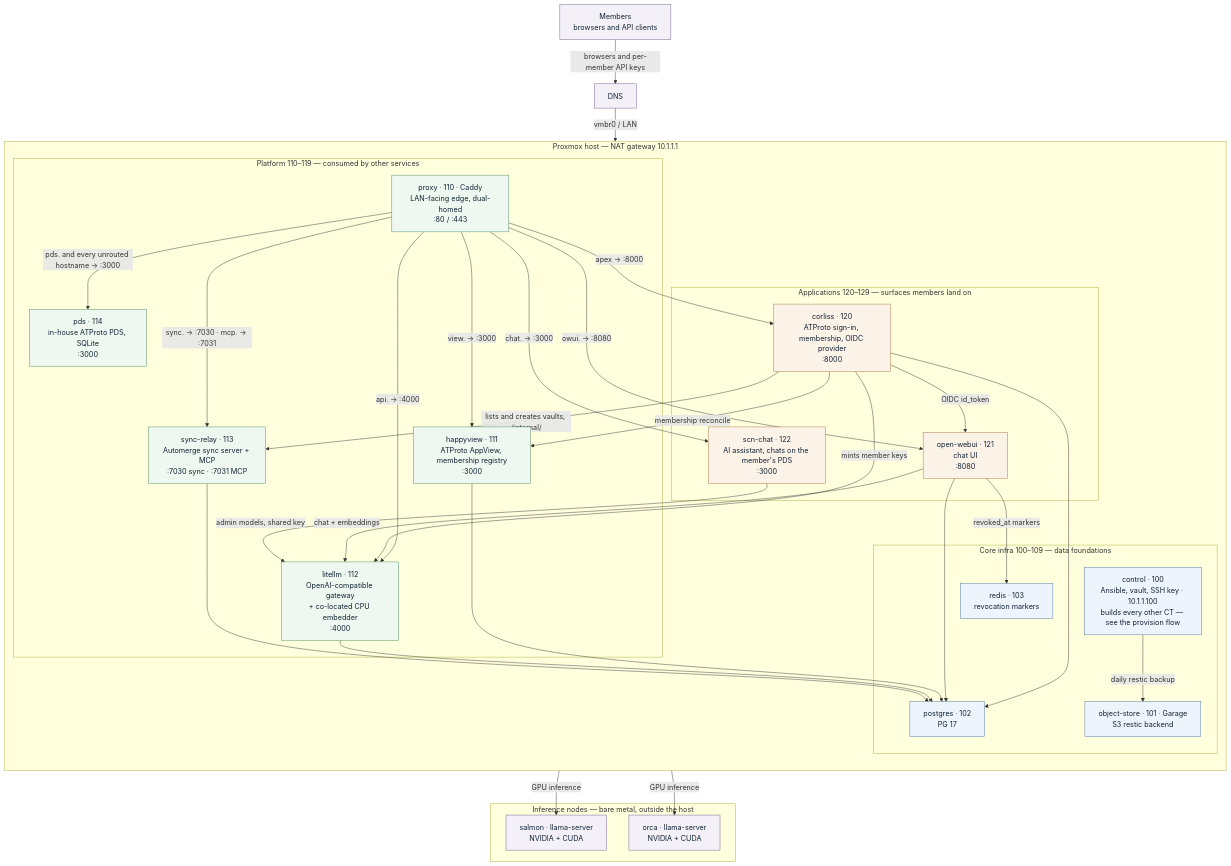
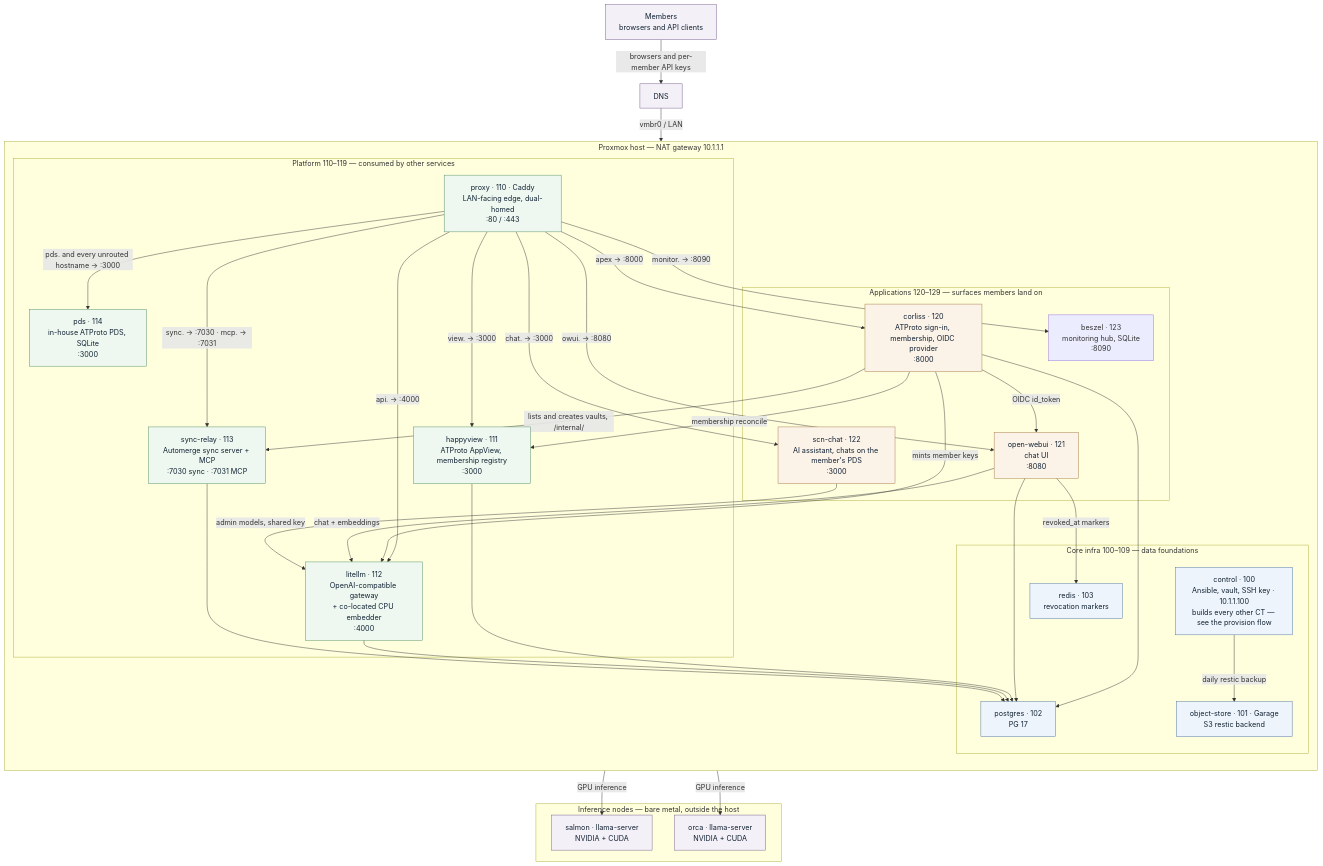
Before and after one commit to Z-Space-Society/zai-ops: the first of 4 diagrams in docs/diagrams.md, drawn with Mermaid. The commit also changed other lines of this file and 13 other files, not shown here.

First line of the commit message:
Add the Beszel hub at monitor.<domain>

````diff
--- a/docs/diagrams.md
+++ b/docs/diagrams.md
@@ -26,73 +26,75 @@
 ```mermaid
 flowchart TB
     members["Members<br/>browsers and API clients"]
     cf["DNS"]
 
     subgraph host["Proxmox host — NAT gateway 10.1.1.1"]
         direction TB
 
         subgraph app["Applications 120–129 — surfaces members land on"]
             corliss["corliss · 120<br/>ATProto sign-in, membership, OIDC provider<br/>:8000"]
             owui["open-webui · 121<br/>chat UI<br/>:8080"]
             scnchat["scn-chat · 122<br/>AI assistant, chats on the member's PDS<br/>:3000"]
+            beszel["beszel · 123<br/>monitoring hub, SQLite<br/>:8090"]
         end
 
         subgraph plat["Platform 110–119 — consumed by other services"]
             proxy["proxy · 110 · Caddy<br/>LAN-facing edge, dual-homed<br/>:80 / :443"]
             happyview["happyview · 111<br/>ATProto AppView, membership registry<br/>:3000"]
             litellm["litellm · 112<br/>OpenAI-compatible gateway<br/>+ co-located CPU embedder<br/>:4000"]
             relay["sync-relay · 113<br/>Automerge sync server + MCP<br/>:7030 sync · :7031 MCP"]
             pds["pds · 114<br/>in-house ATProto PDS, SQLite<br/>:3000"]
         end
 
         subgraph core["Core infra 100–109 — data foundations"]
             control["control · 100<br/>Ansible, vault, SSH key · 10.1.1.100<br/>builds every other CT — see the provision flow"]
             objstore["object-store · 101 · Garage<br/>S3 restic backend"]
             postgres["postgres · 102<br/>PG 17"]
             redis["redis · 103<br/>revocation markers"]
         end
     end
 
     subgraph inf["Inference nodes — bare metal, outside the host"]
         salmon["salmon · llama-server<br/>NVIDIA + CUDA"]
         orca["orca · llama-server<br/>NVIDIA + CUDA"]
     end
 
     members -->|"browsers and per-member API keys"| cf
     cf -->|"vmbr0 / LAN"| proxy
 
     proxy -->|"apex → :8000"| corliss
     proxy -->|"owui. → :8080"| owui
     proxy -->|"chat. → :3000"| scnchat
     proxy -->|"api. → :4000"| litellm
     proxy -->|"view. → :3000"| happyview
     proxy -->|"sync. → :7030 · mcp. → :7031"| relay
     proxy -->|"pds. and every unrouted hostname → :3000"| pds
+    proxy -->|"monitor. → :8090"| beszel
 
     corliss -->|"OIDC id_token"| owui
     corliss -->|"membership reconcile"| happyview
     corliss -->|"mints member keys"| litellm
     corliss -->|"lists and creates vaults, /internal/"| relay
     owui -->|"chat + embeddings"| litellm
     owui -->|"revoked_at markers"| redis
     scnchat -->|"admin models, shared key"| litellm
     litellm -->|"GPU inference"| salmon
     litellm -->|"GPU inference"| orca
 
     corliss --> postgres
     owui --> postgres
     happyview --> postgres
     litellm --> postgres
     relay --> postgres
 
     control -->|"daily restic backup"| objstore
 
     classDef tierCore fill:#eef4fb,stroke:#4a6f9c,color:#123
     classDef tierPlat fill:#eef8f0,stroke:#4d8a5e,color:#123
     classDef tierApp fill:#fbf2e8,stroke:#a3763c,color:#123
     classDef outside fill:#f4f0f7,stroke:#6f5a8a,color:#123
     class control,objstore,postgres,redis tierCore
     class proxy,happyview,litellm,relay,pds tierPlat
     class corliss,owui,scnchat tierApp
     class salmon,orca,members,cf outside
 ```
````
